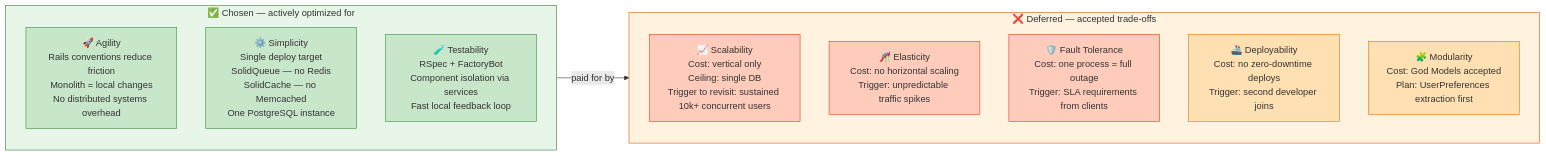
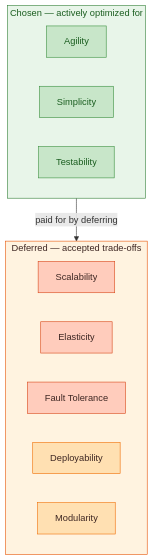
One commit to ozzgio/swbook-labs changed the diagram in books/fundamentals-of-software-architecture/diagrams/05-synergym-characteristics-tradeoffs.md. Above: the diagram before and after it, drawn with Mermaid. The commit also changed other lines of this file and 2 other files, not shown here.

Commit message:
fix: apply consistent diagram style standard across all 5 diagrams
- 02: remove multi-line \n text from nodes, move detail to table
- 04: shorten characteristic node labels, add explicit color: to all styles
- 05: switch flowchart LR to TD for vertical layout, strip emoji from nodes

Standard: short single-label nodes, explicit color: on every style,
detail in markdown table below, no \n in node text, no unquoted parens.

````diff
--- a/books/fundamentals-of-software-architecture/diagrams/05-synergym-characteristics-tradeoffs.md
+++ b/books/fundamentals-of-software-architecture/diagrams/05-synergym-characteristics-tradeoffs.md
@@ -7,29 +7,29 @@
 ```mermaid
-flowchart LR
-    subgraph CHOSEN["✅ Chosen — actively optimized for"]
-        AGI["🚀 Agility\nRails conventions reduce friction\nMonolith = local changes\nNo distributed systems overhead"]
-        SIM["⚙️ Simplicity\nSingle deploy target\nSolidQueue — no Redis\nSolidCache — no Memcached\nOne PostgreSQL instance"]
-        TEST["🧪 Testability\nRSpec + FactoryBot\nComponent isolation via services\nFast local feedback loop"]
+flowchart TD
+    subgraph CHOSEN["Chosen — actively optimized for"]
+        AGI["Agility"]
+        SIM["Simplicity"]
+        TEST["Testability"]
     end
 
-    subgraph DEFERRED["❌ Deferred — accepted trade-offs"]
-        SCALE["📈 Scalability\nCost: vertical only\nCeiling: single DB\nTrigger to revisit: sustained 10k+ concurrent users"]
-        ELAST["🎢 Elasticity\nCost: no horizontal scaling\nTrigger: unpredictable traffic spikes"]
-        FAULT["🛡️ Fault Tolerance\nCost: one process = full outage\nTrigger: SLA requirements from clients"]
-        DEPLOY["🚢 Deployability\nCost: no zero-downtime deploys\nTrigger: second developer joins"]
-        MOD["🧩 Modularity\nCost: God Models accepted\nPlan: UserPreferences extraction first"]
+    CHOSEN -- "paid for by deferring" --> DEFERRED
+
+    subgraph DEFERRED["Deferred — accepted trade-offs"]
+        SCALE["Scalability"]
+        ELAST["Elasticity"]
+        FAULT["Fault Tolerance"]
+        DEPLOY["Deployability"]
+        MOD["Modularity"]
     end
 
-    CHOSEN -- "paid for by" --> DEFERRED
-
-    style CHOSEN fill:#e8f5e9,stroke:#2e7d32
-    style DEFERRED fill:#fff3e0,stroke:#e65100
-    style AGI fill:#c8e6c9,stroke:#388e3c
-    style SIM fill:#c8e6c9,stroke:#388e3c
-    style TEST fill:#c8e6c9,stroke:#388e3c
-    style SCALE fill:#ffccbc,stroke:#d84315
-    style ELAST fill:#ffccbc,stroke:#d84315
-    style FAULT fill:#ffccbc,stroke:#d84315
-    style DEPLOY fill:#ffe0b2,stroke:#ef6c00
-    style MOD fill:#ffe0b2,stroke:#ef6c00
+    style CHOSEN fill:#e8f5e9,stroke:#2e7d32,color:#1b5e20
+    style DEFERRED fill:#fff3e0,stroke:#e65100,color:#3e2723
+    style AGI fill:#c8e6c9,stroke:#388e3c,color:#1b5e20
+    style SIM fill:#c8e6c9,stroke:#388e3c,color:#1b5e20
+    style TEST fill:#c8e6c9,stroke:#388e3c,color:#1b5e20
+    style SCALE fill:#ffccbc,stroke:#d84315,color:#3e2723
+    style ELAST fill:#ffccbc,stroke:#d84315,color:#3e2723
+    style FAULT fill:#ffccbc,stroke:#d84315,color:#3e2723
+    style DEPLOY fill:#ffe0b2,stroke:#ef6c00,color:#3e2723
+    style MOD fill:#ffe0b2,stroke:#ef6c00,color:#3e2723
 ```
````
